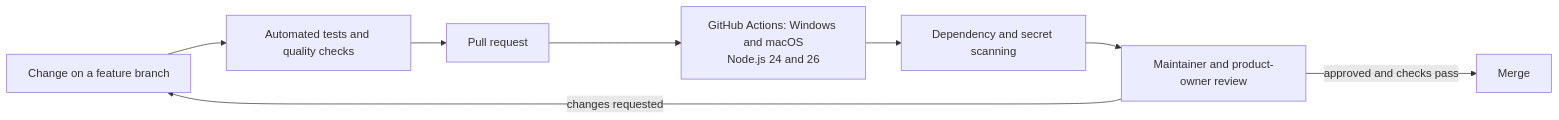
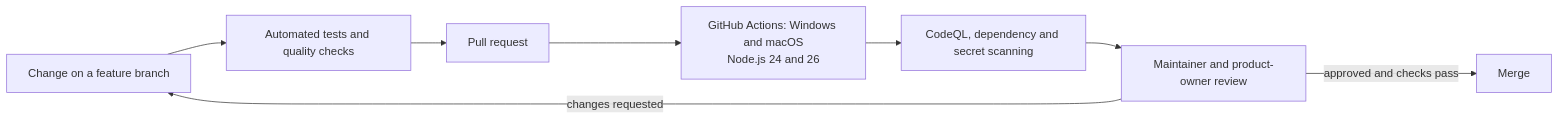
One commit to stevenfarmer/etsySellerAssistant changed the third of 3 diagrams in docs/architecture.md. Above: the diagram before and after it, drawn with Mermaid. The commit also changed other lines of this file and 30 other files, not shown here.

````diff
--- a/docs/architecture.md
+++ b/docs/architecture.md
@@ -97,10 +99,10 @@
 ```mermaid
 flowchart LR
   change[Change on a feature branch] --> tests[Automated tests and quality checks]
   tests --> pr[Pull request]
   pr --> ci[GitHub Actions: Windows and macOS<br/>Node.js 24 and 26]
-  ci --> security[Dependency and secret scanning]
+  ci --> security[CodeQL, dependency and secret scanning]
   security --> review[Maintainer and product-owner review]
   review -->|approved and checks pass| merge[Merge]
   review -->|changes requested| change
 ```
````
